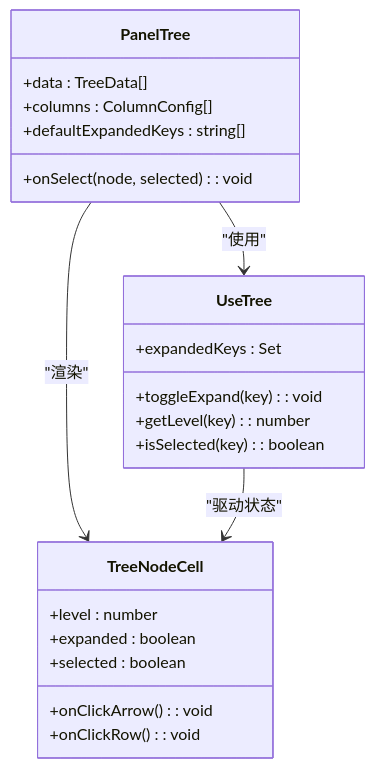
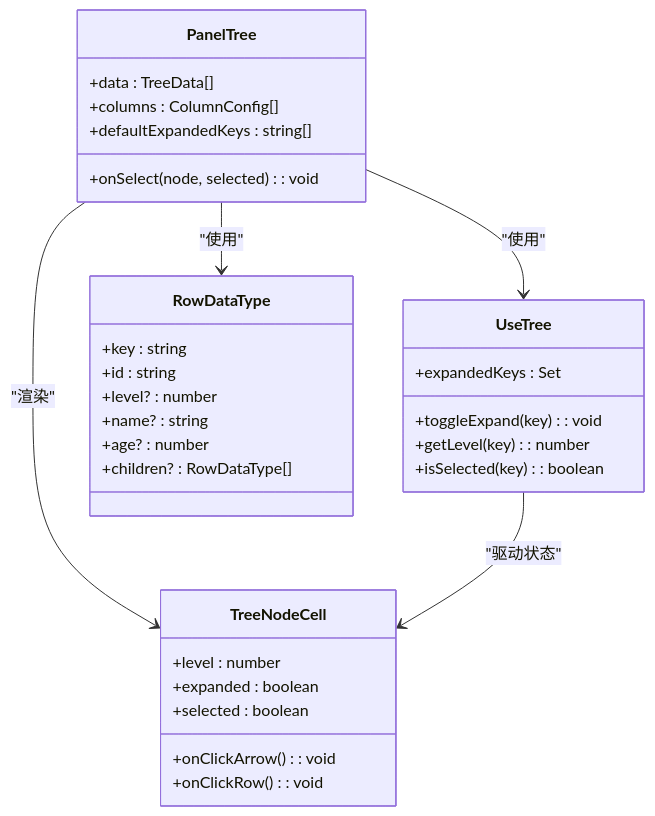
One commit to ja-plus/stk-table-vue changed the third of 5 diagrams in .qoder/repowiki/zh/content/示例演示/面板树示例.md. Above: the diagram before and after it, drawn with Mermaid. The commit also changed other lines of this file and 6 other files, not shown here.

Commit message:
fix: `setTreeExpand` &  setRowExpand` number rowKey

````diff
--- a/.qoder/repowiki/zh/content/示例演示/面板树示例.md
+++ b/.qoder/repowiki/zh/content/示例演示/面板树示例.md
@@ -135,25 +166,34 @@
 ```mermaid
 classDiagram
 class PanelTree {
 +data : TreeData[]
 +columns : ColumnConfig[]
 +defaultExpandedKeys : string[]
 +onSelect(node, selected) : void
 }
 class UseTree {
 +expandedKeys : Set<string>
 +toggleExpand(key) : void
 +getLevel(key) : number
 +isSelected(key) : boolean
 }
 class TreeNodeCell {
 +level : number
 +expanded : boolean
 +selected : boolean
 +onClickArrow() : void
 +onClickRow() : void
 }
+class RowDataType {
++key : string
++id : string
++level? : number
++name? : string
++age? : number
++children? : RowDataType[]
+}
 PanelTree --> UseTree : "使用"
 PanelTree --> TreeNodeCell : "渲染"
 UseTree --> TreeNodeCell : "驱动状态"
+PanelTree --> RowDataType : "使用"
 ```
````
